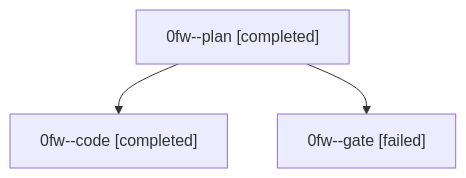
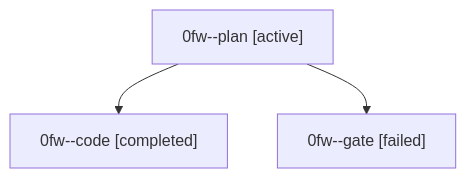
The diagram in families/bbugyi200.athena.0fw.md (bobs-org/bob-cli--agents), drawn with Mermaid before and after one commit. The commit also changed other lines of this file and 1279 other files, not shown here.

````diff
--- a/families/bbugyi200.athena.0fw.md
+++ b/families/bbugyi200.athena.0fw.md
@@ -9,8 +9,8 @@
 ```mermaid
 flowchart TD
-  n0["0fw--plan [completed]"]
+  n0["0fw--plan [active]"]
   n1["0fw--code [completed]"]
   n0 --> n1
   n2["0fw--gate [failed]"]
   n0 --> n2
 ```
````
